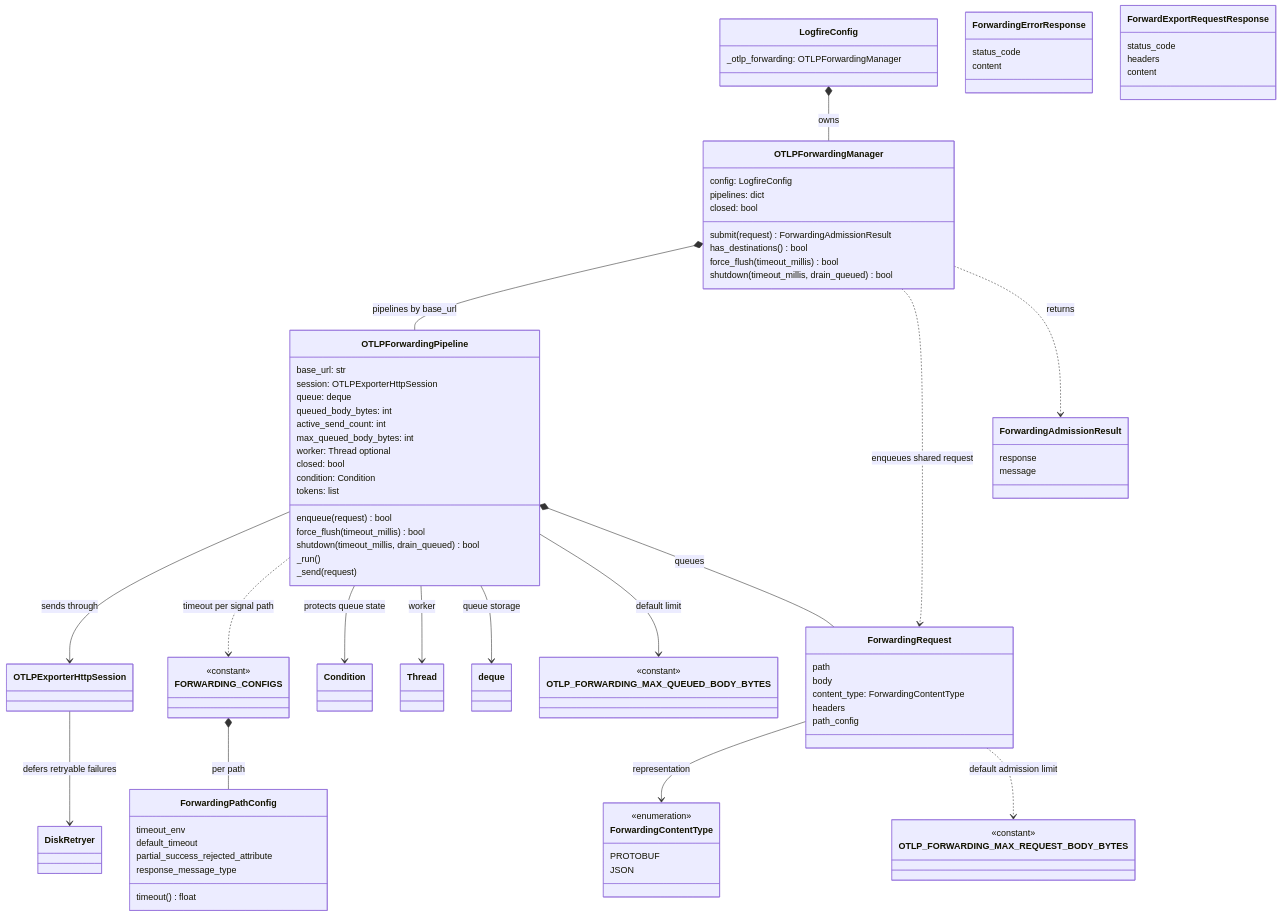
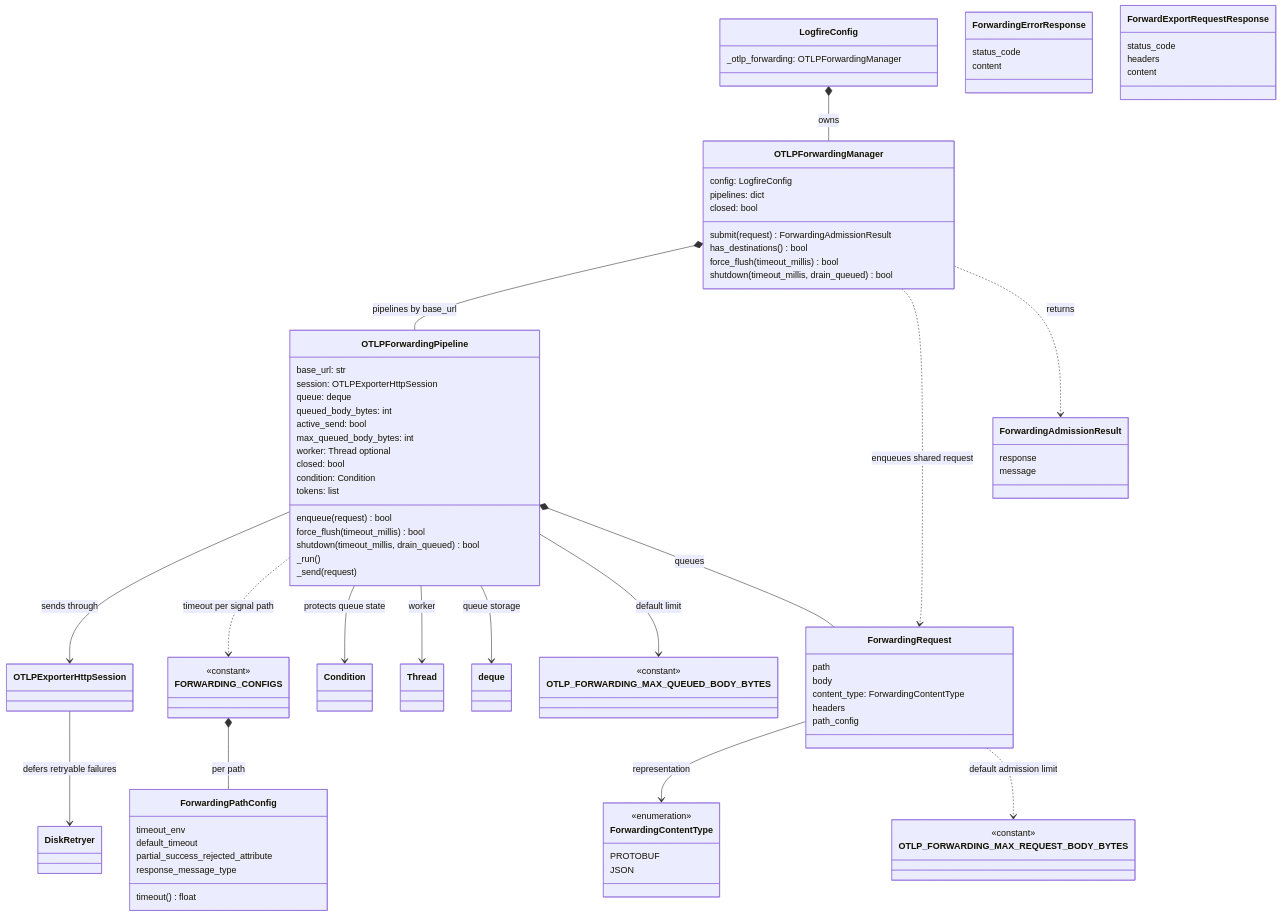
The third of 5 diagrams in specs/browser-telemetry-forwarding-first-pass/diagrams.md (pydantic/logfire), drawn with Mermaid before and after one commit. The commit also changed other lines of this file and 3 other files, not shown here.

```diff
--- a/specs/browser-telemetry-forwarding-first-pass/diagrams.md
+++ b/specs/browser-telemetry-forwarding-first-pass/diagrams.md
@@ -88,7 +88,7 @@
         session: OTLPExporterHttpSession
         queue: deque
         queued_body_bytes: int
-        active_send_count: int
+        active_send: bool
         max_queued_body_bytes: int
         worker: Thread optional
         closed: bool
```
